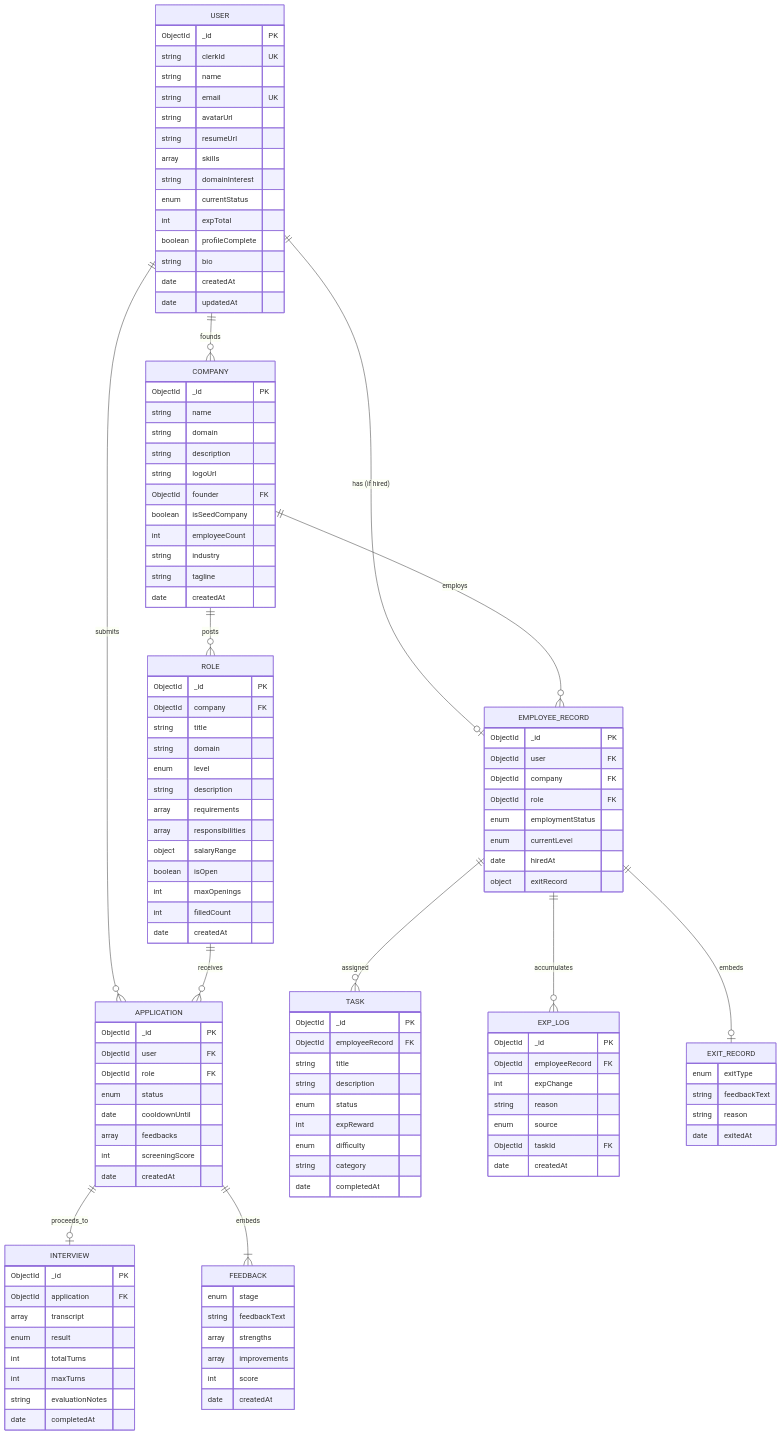
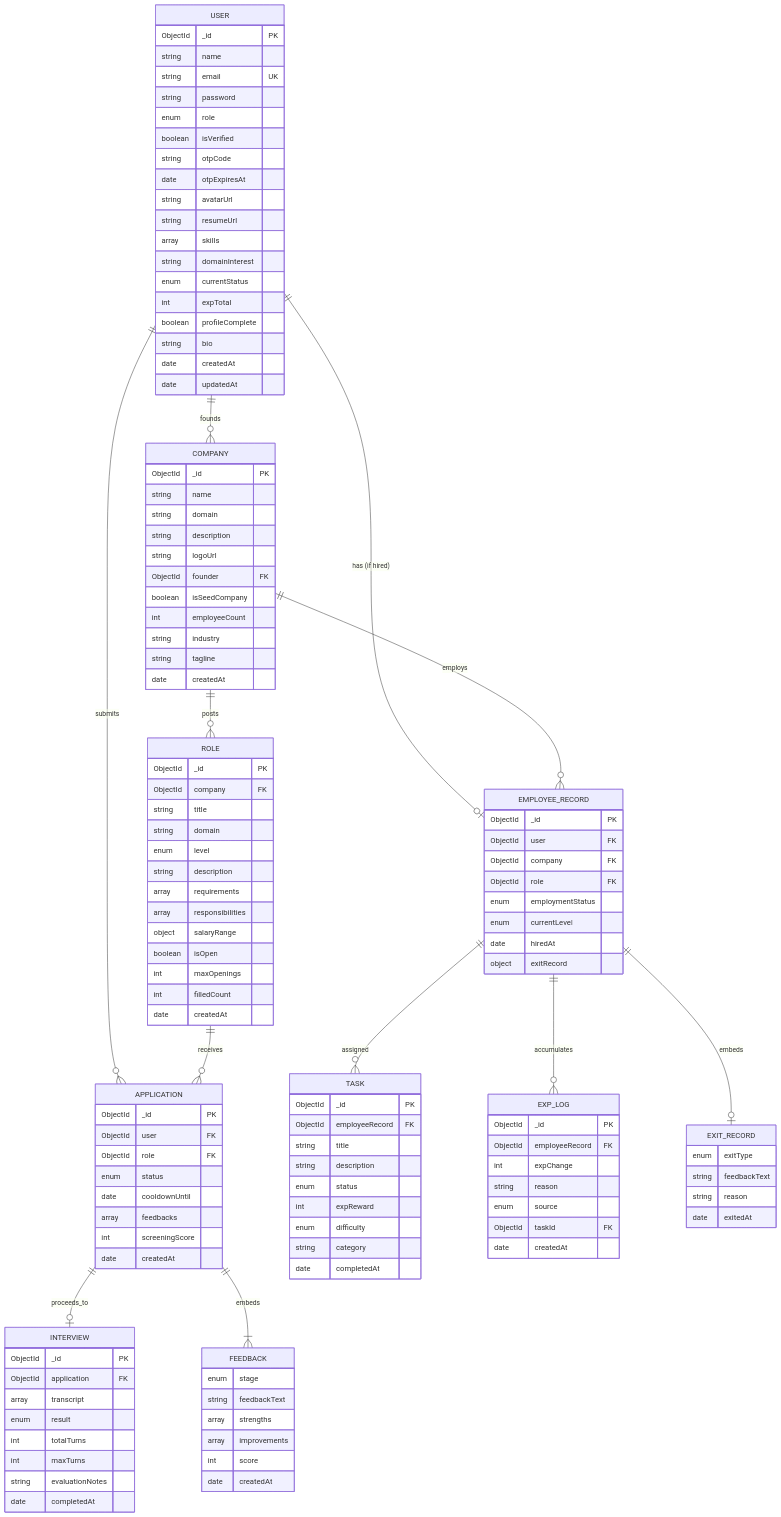
The diagram in corpverse_docs/03_architecture/database_schema.md (Trushar30/CorpVerse), drawn with Mermaid before and after one commit. The commit also changed other lines of this file and 564 other files, not shown here.

```diff
--- a/corpverse_docs/03_architecture/database_schema.md
+++ b/corpverse_docs/03_architecture/database_schema.md
@@ -40,9 +40,13 @@
 
     USER {
         ObjectId _id PK
-        string clerkId UK
         string name
         string email UK
+        string password
+        enum role
+        boolean isVerified
+        string otpCode
+        date otpExpiresAt
         string avatarUrl
         string resumeUrl
         array skills
```
